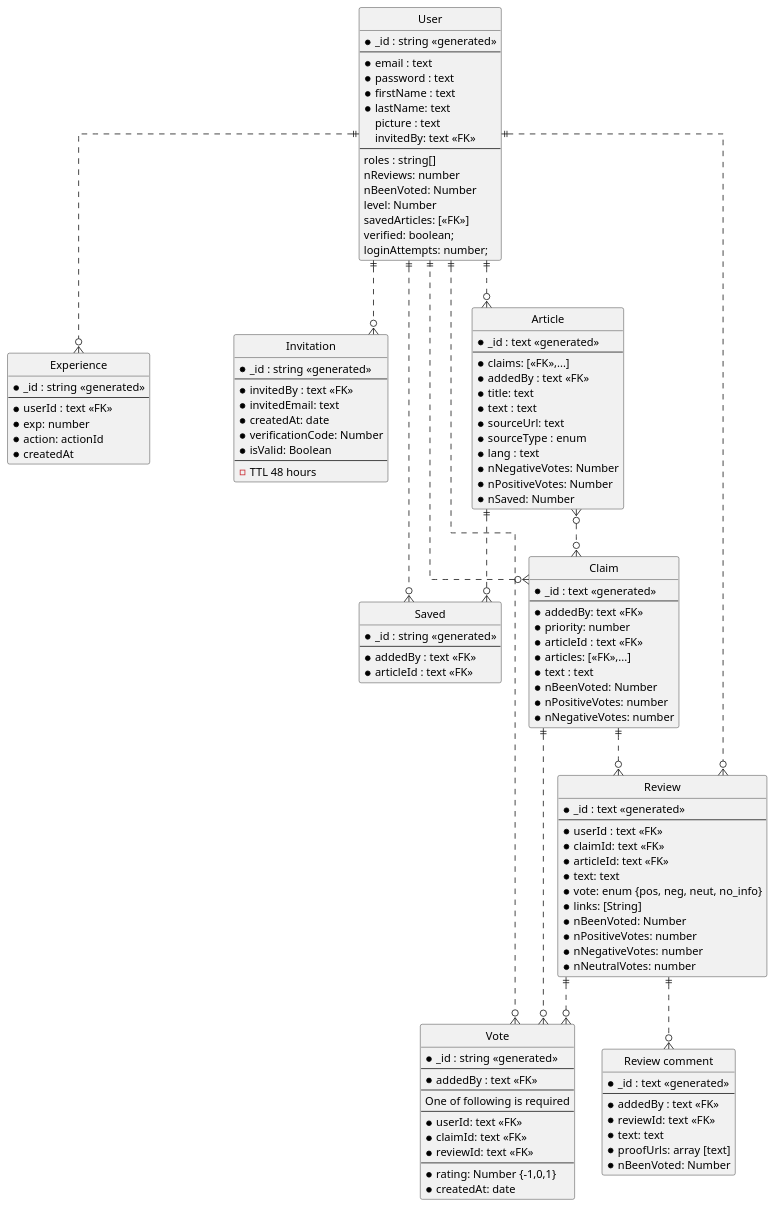
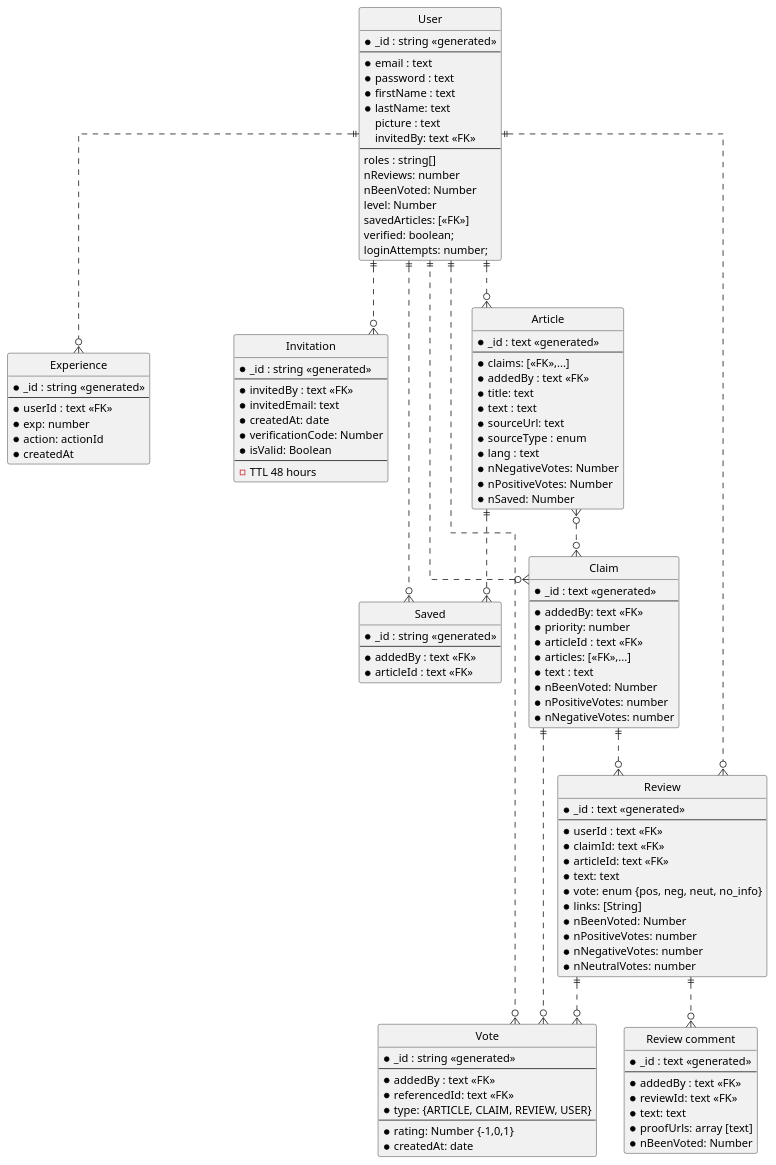
Before and after one commit to aic-factcheck/fact_check_api: the diagram in uml_docs/entity_relations.puml, drawn with PlantUML. The commit also changed 13 other files, not shown here.

```diff
--- a/uml_docs/entity_relations.puml
+++ b/uml_docs/entity_relations.puml
@@ -1,140 +1,135 @@
 @startuml Entity relations
 ' hide the spot
 hide circle
 
 ' avoid problems with angled crows feet
 skinparam linetype ortho
 
 entity "User" as user {
   *_id : string <<generated>>
   --
   *email : text
   *password : text
   *firstName : text
   *lastName: text
   picture : text
   invitedBy: text <<FK>>
   --
   roles : string[]
   nReviews: number
   nBeenVoted: Number
   level: Number
   savedArticles: [<<FK>>]
   verified: boolean;
   loginAttempts: number;
 }
 
 entity "Experience" as exp {
   *_id : string <<generated>>
   --
   *userId : text <<FK>>
   *exp: number
   *action: actionId
   *createdAt
 }
 
 entity "Saved" as saved {
   *_id : string <<generated>>
   --
   *addedBy : text <<FK>>
   *articleId : text <<FK>>
 }
 
 entity "Invitation" as inv {
   *_id : string <<generated>>
   --
   *invitedBy : text <<FK>>
   *invitedEmail: text
   *createdAt: date
   *verificationCode: Number
   *isValid: Boolean
   --
   - TTL 48 hours
 }
 
 entity "Vote" as vote {
   *_id : string <<generated>>
   --
   *addedBy : text <<FK>>
-  --
-  One of following is required
-  --
-  *userId: text <<FK>>
-  ' *articleId: text <<FK>>
-  *claimId: text <<FK>>
-  *reviewId: text <<FK>>
+  *referencedId: text <<FK>>
+  *type: {ARTICLE, CLAIM, REVIEW, USER}
   --
   ' *text: Text
   *rating: Number {-1,0,1}
   *createdAt: date
 }
 
 entity "Article" as article {
   *_id : text <<generated>>
   --
   *claims: [<<FK>>,...]
   *addedBy : text <<FK>>
   *title: text
   *text : text
   *sourceUrl: text
   *sourceType : enum
   *lang : text
   *nNegativeVotes: Number
   *nPositiveVotes: Number
   *nSaved: Number
 }
 
 entity "Claim" as claim {
   *_id : text <<generated>>
   --
   *addedBy: text <<FK>>
   *priority: number
   *articleId : text <<FK>>
   *articles: [<<FK>>,...]
   *text : text
   *nBeenVoted: Number
   *nPositiveVotes: number
   *nNegativeVotes: number
 }
 
 entity "Review" as review {
   *_id : text <<generated>>
   --
   *userId : text <<FK>>
   *claimId: text <<FK>>
   *articleId: text <<FK>>
   *text: text
   *vote: enum {pos, neg, neut, no_info}
   *links: [String]
   *nBeenVoted: Number
   *nPositiveVotes: number
   *nNegativeVotes: number
   *nNeutralVotes: number
 }
 
 entity "Review comment" as reviewComment {
   *_id : text <<generated>>
   --
   *addedBy : text <<FK>>
   *reviewId: text <<FK>>
   *text: text
   *proofUrls: array [text] 
   *nBeenVoted: Number
 }
 
 user ||..o{ article
 user ||..o{ inv
 user ||..o{ saved
 user ||..o{ vote
 user ||..o{ exp
 article }o..o{ claim
 article ||..o{ saved
 ' article ||..o{ vote
 user ||..o{ review
 ' user ||..o{ vote
 claim ||..o{ review
 claim }o..|| user
 claim ||..o{ vote
 review ||..o{ reviewComment
 review ||..o{ vote
 @enduml
```
